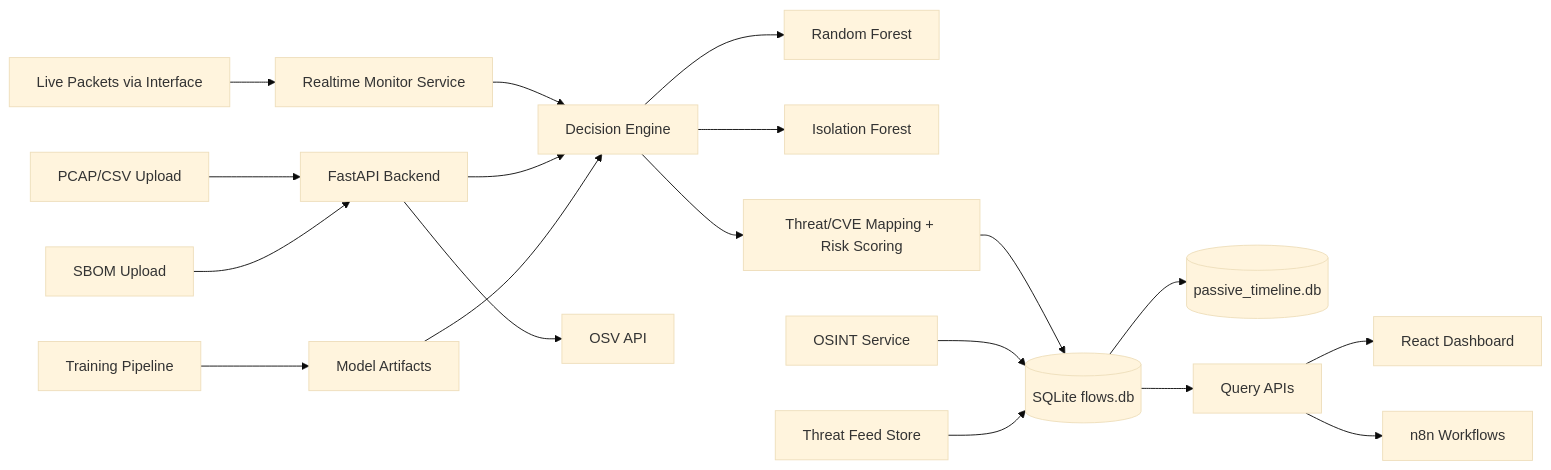
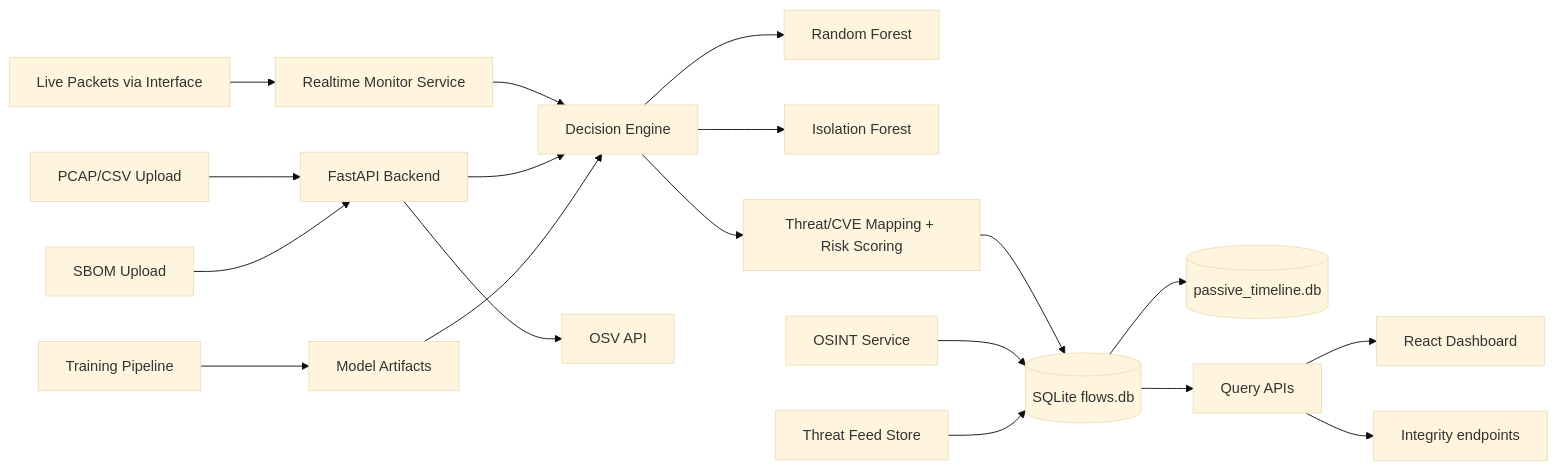
The diagram in docs/02_architecture.md (nalintern2026/nal), drawn with Mermaid (base theme) before and after one commit. The commit also changed other lines of this file and 53 other files, not shown here.

````diff
--- a/docs/02_architecture.md
+++ b/docs/02_architecture.md
@@ -75,21 +70,21 @@
 ```mermaid
 flowchart LR
   U1[PCAP/CSV Upload] --> B[FastAPI Backend]
   U2[Live Packets via Interface] --> R[Realtime Monitor Service]
   R --> D
   B --> D[Decision Engine]
   D --> M1[Random Forest]
   D --> M2[Isolation Forest]
   D --> C[Threat/CVE Mapping + Risk Scoring]
   C --> DB[(SQLite flows.db)]
   DB --> PT[(passive_timeline.db)]
   OI[OSINT Service] --> DB
   TF[Threat Feed Store] --> DB
   DB --> API[Query APIs]
   API --> FE[React Dashboard]
-  API --> N8N[n8n Workflows]
+  API --> OBS[Integrity endpoints]
   TP[Training Pipeline] --> ART[Model Artifacts]
   ART --> D
   SB[SBOM Upload] --> B
   B --> OSV[OSV API]
 ```
````
